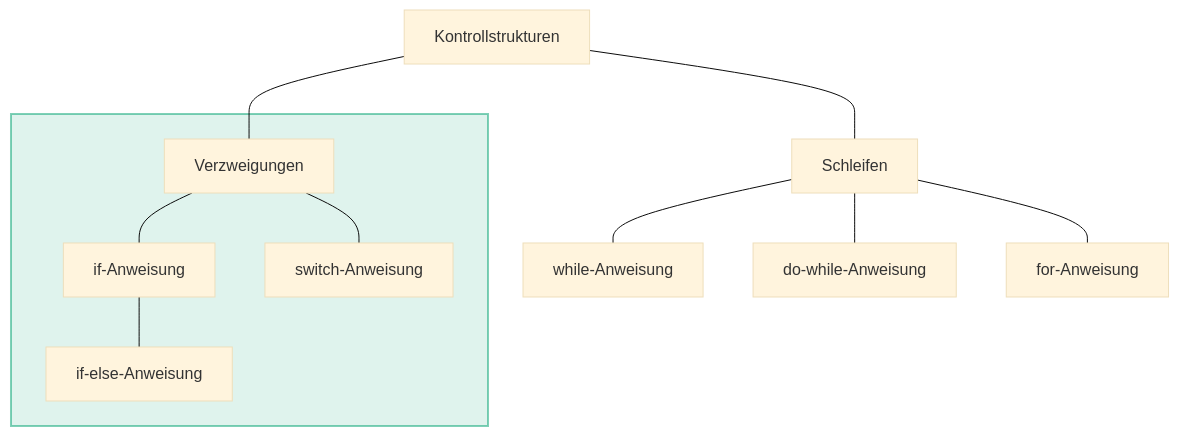
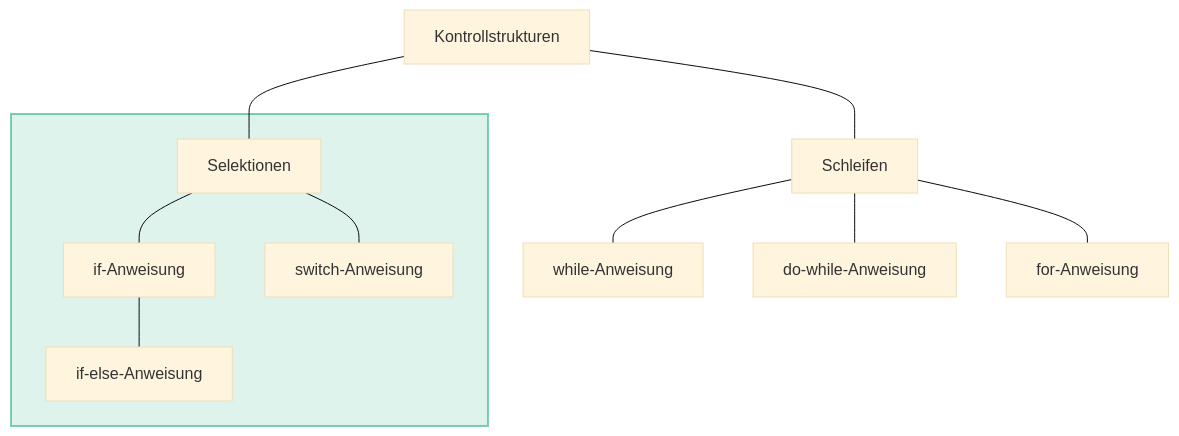
Before and after one commit to codingluke/bbzbl-modul-319: the first of 3 diagrams in slides/kontrollstrukturen.md, drawn with Mermaid (base theme). The commit also changed other lines of this file and 9 other files, not shown here.

````diff
--- a/slides/kontrollstrukturen.md
+++ b/slides/kontrollstrukturen.md
@@ -20,14 +20,14 @@
 ```mermaid width=80% align=center 
 flowchart TD;
-    Kontrollstrukturen---Verzweigungen
+    Kontrollstrukturen---Selektionen
     Kontrollstrukturen---Schleifen
     subgraph verz [ ]
-        Verzweigungen---if[if-Anweisung]
+        Selektionen---if[if-Anweisung]
         if---ifels[if-else-Anweisung]
-        Verzweigungen---switch[switch-Anweisung]
+        Selektionen---switch[switch-Anweisung]
     end
     Schleifen---while[while-Anweisung]
     Schleifen---dowhile[do-while-Anweisung]
     Schleifen---for[for-Anweisung]
     style verz fill:#00A17020,stroke:#00A17080,stroke-width:2px
 ```
````
